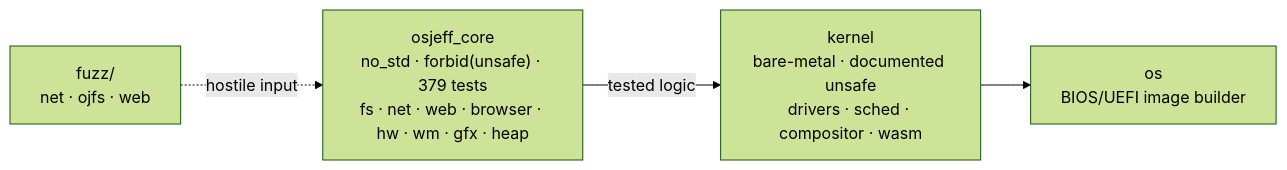
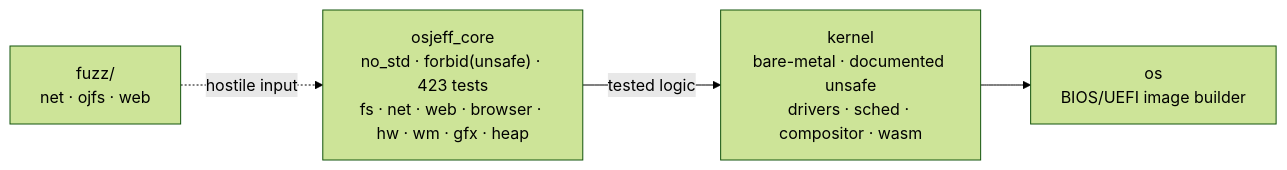
The diagram in README.en.md (Jeffinp/OSjeff), drawn with Mermaid (forest theme) before and after one commit. The commit also changed other lines of this file and 6 other files, not shown here.

````diff
--- a/README.en.md
+++ b/README.en.md
@@ -91,9 +91,9 @@
 ```mermaid
 flowchart LR
-    CORE["osjeff_core<br/>no_std · forbid(unsafe) · 379 tests<br/>fs · net · web · browser · hw · wm · gfx · heap"]
+    CORE["osjeff_core<br/>no_std · forbid(unsafe) · 423 tests<br/>fs · net · web · browser · hw · wm · gfx · heap"]
     KERNEL["kernel<br/>bare-metal · documented unsafe<br/>drivers · sched · compositor · wasm"]
     OS["os<br/>BIOS/UEFI image builder"]
     FUZZ["fuzz/<br/>net · ojfs · web"]
     CORE -->|tested logic| KERNEL --> OS
     FUZZ -.->|hostile input| CORE
 ```
````
